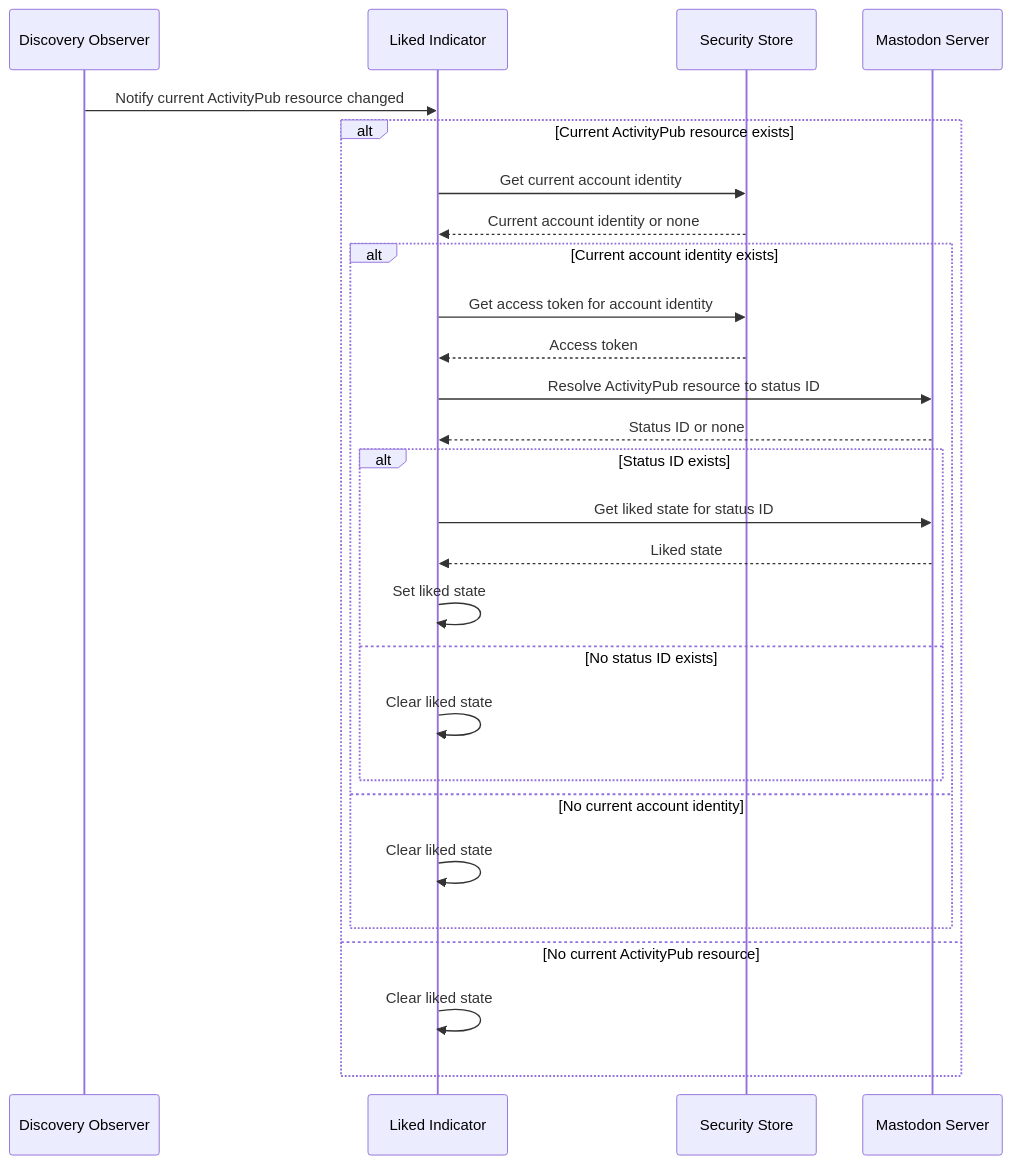
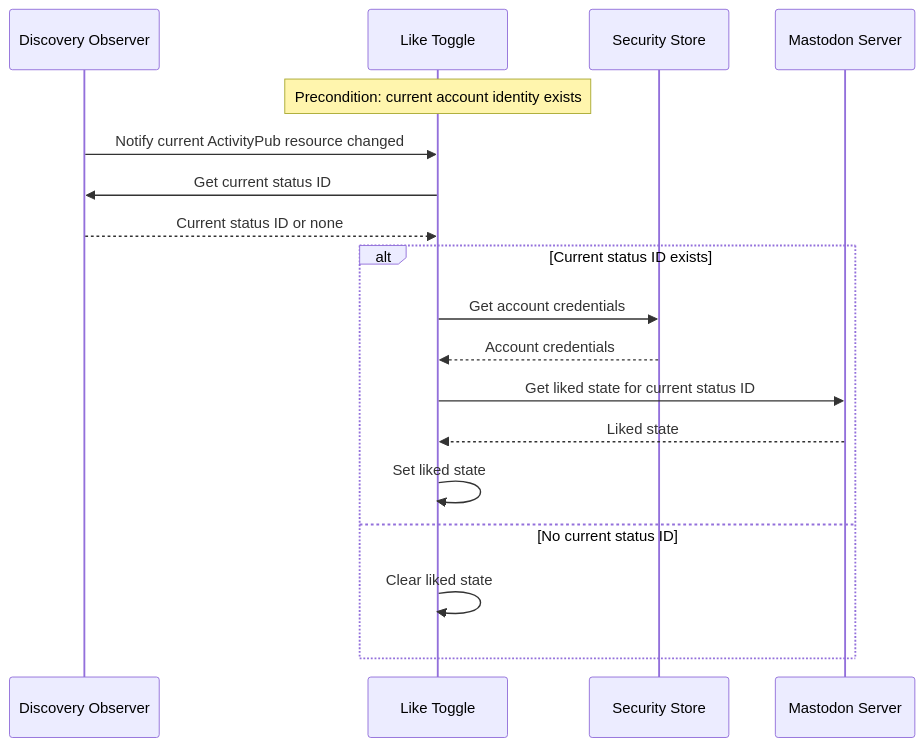
One commit to social-web-foundation/activitypub-browser-extension changed the fourth of 7 diagrams in docs/architecture.md. Above: the diagram before and after it, drawn with Mermaid. The commit also changed other lines of this file, not shown here.

Commit message:
doc: like, undo like, refactor process view

````diff
--- a/docs/architecture.md
+++ b/docs/architecture.md
@@ -267,33 +277,23 @@
 ```mermaid
 sequenceDiagram
     participant Observer as Discovery Observer
-    participant Indicator as Liked Indicator
+    participant Toggle as Like Toggle
     participant Security as Security Store
     participant Mastodon as Mastodon Server
 
-    Observer->>Indicator: Notify current ActivityPub resource changed
+    Note over Toggle: Precondition: current account identity exists
+    Observer->>Toggle: Notify current ActivityPub resource changed
 
-    alt Current ActivityPub resource exists
-        Indicator->>Security: Get current account identity
-        Security-->>Indicator: Current account identity or none
+    Toggle->>Observer: Get current status ID
+    Observer-->>Toggle: Current status ID or none
 
-        alt Current account identity exists
-            Indicator->>Security: Get access token for account identity
-            Security-->>Indicator: Access token
-            Indicator->>Mastodon: Resolve ActivityPub resource to status ID
-            Mastodon-->>Indicator: Status ID or none
-
-            alt Status ID exists
-                Indicator->>Mastodon: Get liked state for status ID
-                Mastodon-->>Indicator: Liked state
-                Indicator->>Indicator: Set liked state
-            else No status ID exists
-                Indicator->>Indicator: Clear liked state
-            end
-        else No current account identity
-            Indicator->>Indicator: Clear liked state
-        end
-    else No current ActivityPub resource
-        Indicator->>Indicator: Clear liked state
+    alt Current status ID exists
+        Toggle->>Security: Get account credentials
+        Security-->>Toggle: Account credentials
+        Toggle->>Mastodon: Get liked state for current status ID
+        Mastodon-->>Toggle: Liked state
+        Toggle->>Toggle: Set liked state
+    else No current status ID
+        Toggle->>Toggle: Clear liked state
     end
 ```
````
